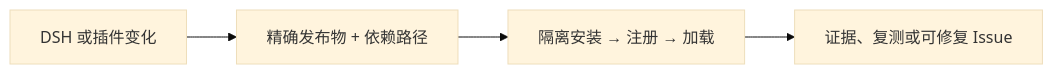
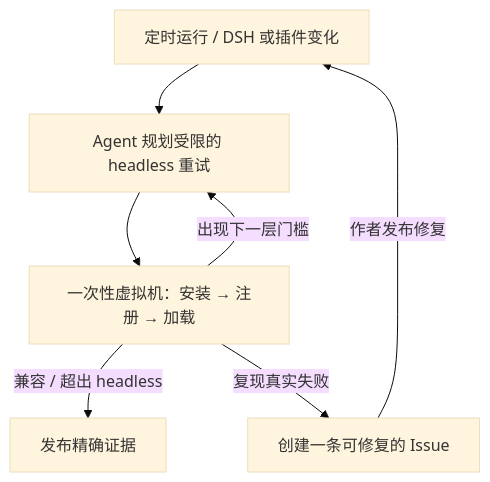
One commit to MicroMilo/upstream-radar changed the diagram in README-zh-CN.md. Above: the diagram before and after it, drawn with Mermaid (base theme). The commit also changed other lines of this file and 1 other file, not shown here.

````diff
--- a/README-zh-CN.md
+++ b/README-zh-CN.md
@@ -40,6 +40,9 @@
 ```mermaid
-flowchart LR
-  Change["DSH 或插件变化"] --> Graph["精确发布物 + 依赖路径"]
-  Graph --> Runtime["隔离安装 → 注册 → 加载"]
-  Runtime --> Result["证据、复测或可修复 Issue"]
+flowchart TB
+  Change["定时运行 / DSH 或插件变化"] --> Agent["Agent 规划受限的 headless 重试"]
+  Agent --> Runtime["一次性虚拟机：安装 → 注册 → 加载"]
+  Runtime -->|"出现下一层门槛"| Agent
+  Runtime -->|"兼容 / 超出 headless"| Evidence["发布精确证据"]
+  Runtime -->|"复现真实失败"| Issue["创建一条可修复的 Issue"]
+  Issue -->|"作者发布修复"| Change
 ```
````
